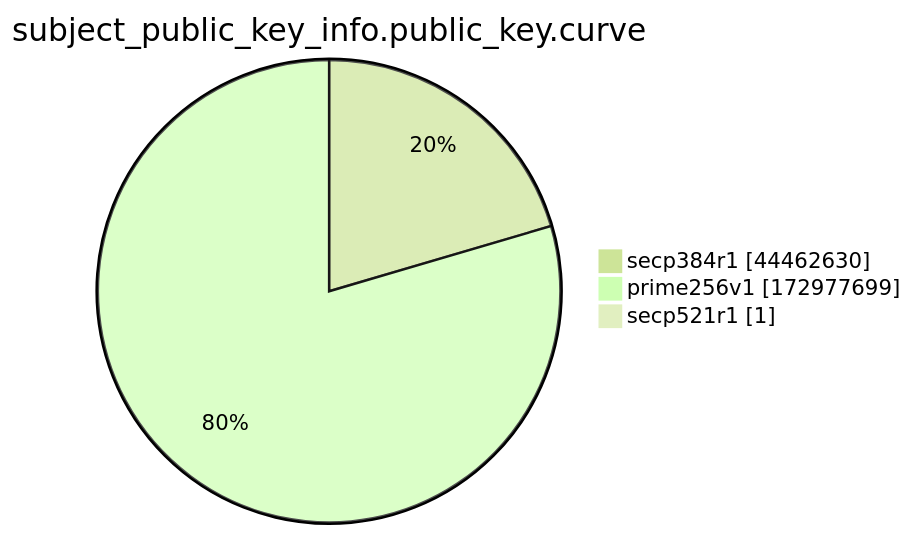
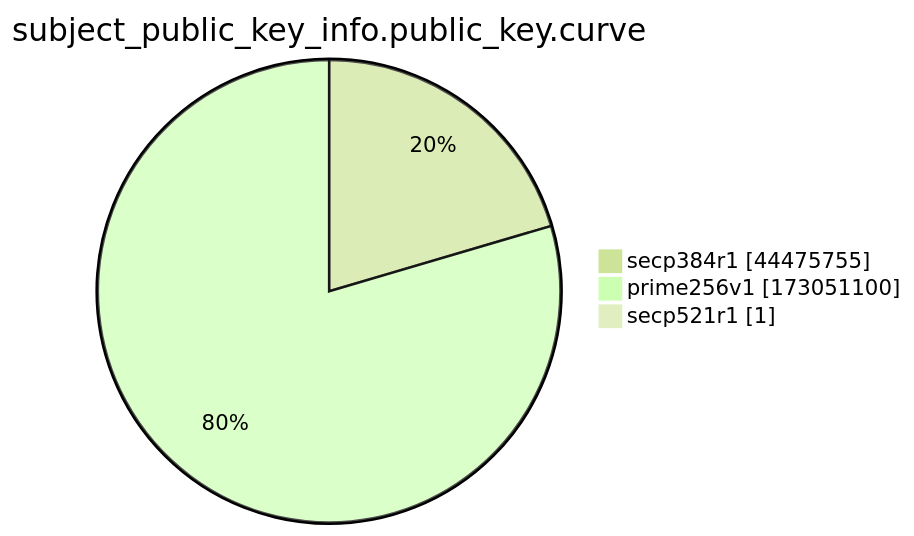
The ninth of 15 diagrams in xenon2022/README.md (christiankrug/ctmonitor_visualization), drawn with Mermaid (forest theme) before and after one commit. The commit also changed other lines of this file, not shown here.

````diff
--- a/xenon2022/README.md
+++ b/xenon2022/README.md
@@ -2871,7 +2871,7 @@
 ```mermaid
 pie showData
 title subject_public_key_info.public_key.curve
-"secp384r1" :44462630
-"prime256v1" :172977699
+"secp384r1" :44475755
+"prime256v1" :173051100
 "secp521r1" :1
 ```
````
